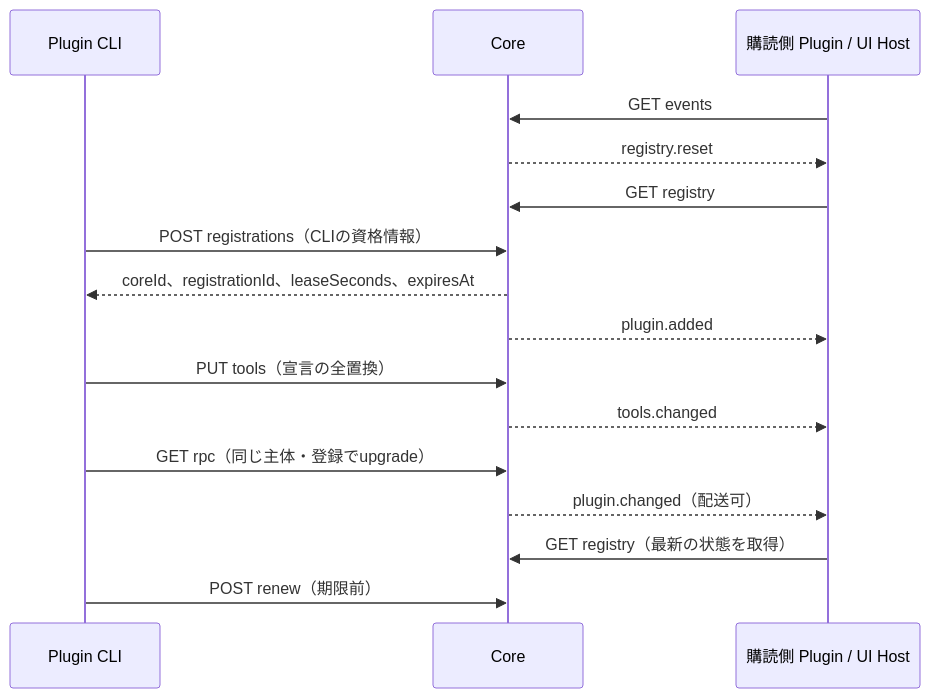
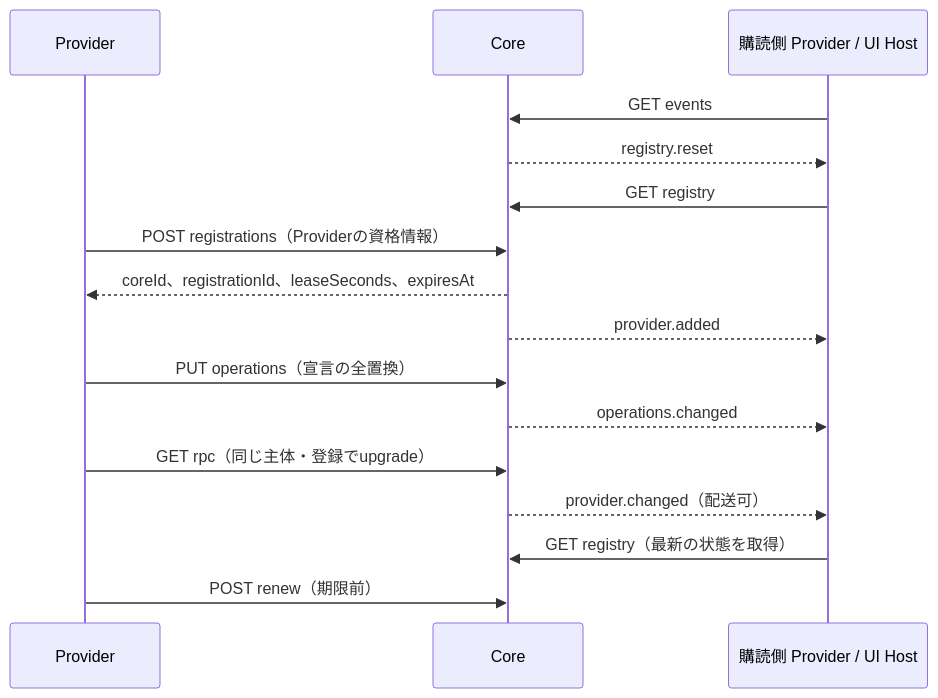
The first of 2 diagrams in docs/contracts/00004-plugin-client-protocol.md (naatin777/plugumi), drawn with Mermaid before and after one commit. The commit also changed other lines of this file and 288 other files, not shown here.

````diff
--- a/docs/contracts/00004-plugin-client-protocol.md
+++ b/docs/contracts/00004-plugin-client-protocol.md
@@ -80,18 +118,18 @@
 ```mermaid
 sequenceDiagram
-    participant P as Plugin CLI
+    participant P as Provider
     participant C as Core
-    participant S as 購読側 Plugin / UI Host
+    participant S as 購読側 Provider / UI Host
     S->>C: GET events
     C-->>S: registry.reset
     S->>C: GET registry
-    P->>C: POST registrations（CLIの資格情報）
+    P->>C: POST registrations（Providerの資格情報）
     C-->>P: coreId、registrationId、leaseSeconds、expiresAt
-    C-->>S: plugin.added
-    P->>C: PUT tools（宣言の全置換）
-    C-->>S: tools.changed
+    C-->>S: provider.added
+    P->>C: PUT operations（宣言の全置換）
+    C-->>S: operations.changed
     P->>C: GET rpc（同じ主体・登録でupgrade）
-    C-->>S: plugin.changed（配送可）
+    C-->>S: provider.changed（配送可）
     S->>C: GET registry（最新の状態を取得）
     P->>C: POST renew（期限前）
 ```
````
